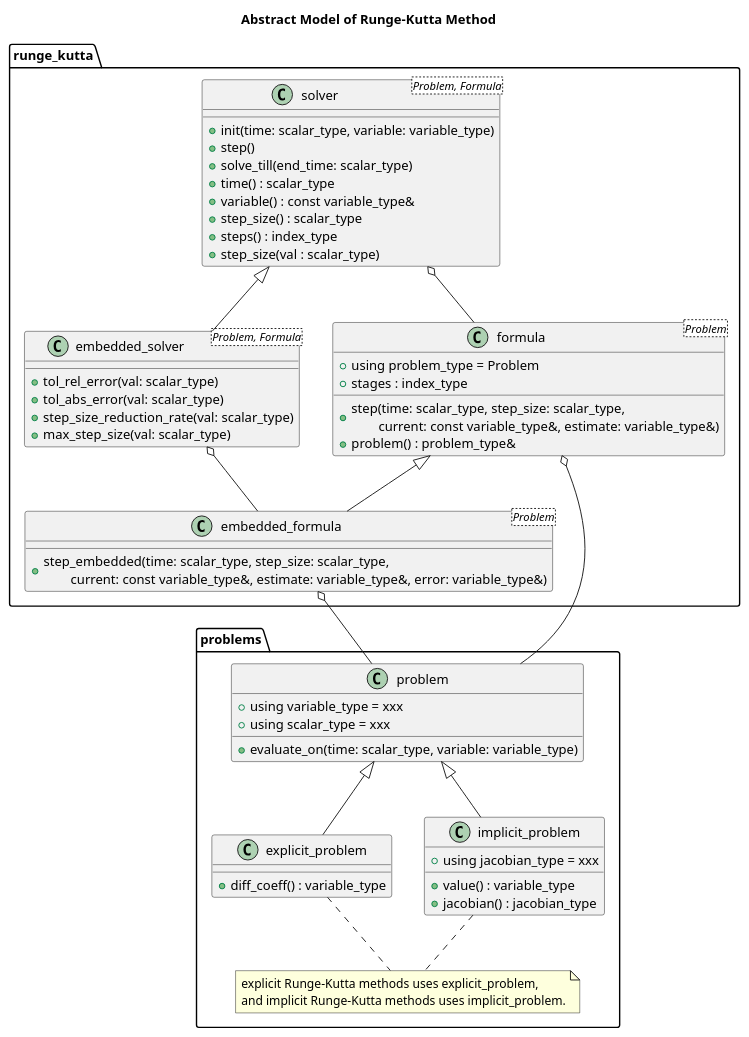
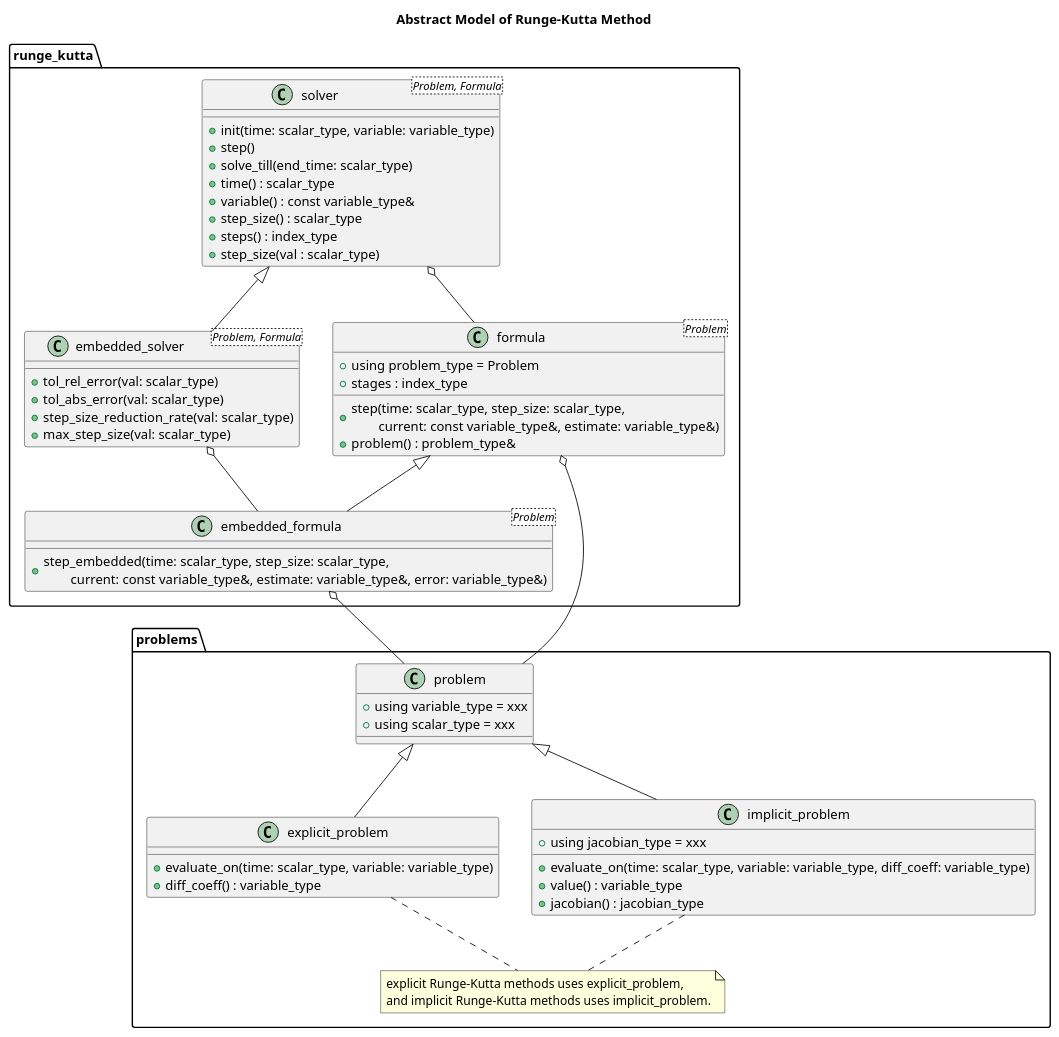
Before and after one commit to MusicScience37/numerical-collection-cpp: the diagram in doc/sphinx/src/basic_design/ode.rst, drawn with PlantUML.

Commit message:
doc: fix model

```diff
--- a/doc/sphinx/src/basic_design/ode.rst
+++ b/doc/sphinx/src/basic_design/ode.rst
@@ -16,67 +16,68 @@
 .. uml::
 
     title Abstract Model of Runge-Kutta Method
 
     package problems {
         class problem {
             + using variable_type = xxx
             + using scalar_type = xxx
-            + evaluate_on(time: scalar_type, variable: variable_type)
         }
 
         class explicit_problem {
+            + evaluate_on(time: scalar_type, variable: variable_type)
             + diff_coeff() : variable_type
         }
         problem <|-- explicit_problem
 
         class implicit_problem {
             + using jacobian_type = xxx
+            + evaluate_on(time: scalar_type, variable: variable_type, diff_coeff: variable_type)
             + value() : variable_type
             + jacobian() : jacobian_type
         }
         problem <|-- implicit_problem
 
         note as problem_type_note
             explicit Runge-Kutta methods uses explicit_problem,
             and implicit Runge-Kutta methods uses implicit_problem.
         end note
         explicit_problem .. problem_type_note
         implicit_problem .. problem_type_note
     }
 
     package runge_kutta {
         class formula<Problem> {
             + using problem_type = Problem
             + stages : index_type
             + step(time: scalar_type, step_size: scalar_type,\n\tcurrent: const variable_type&, estimate: variable_type&)
             + problem() : problem_type&
         }
         formula o-- problem
 
         class embedded_formula<Problem> {
             + step_embedded(time: scalar_type, step_size: scalar_type,\n\tcurrent: const variable_type&, estimate: variable_type&, error: variable_type&)
         }
         formula <|-- embedded_formula
         embedded_formula o-- problem
 
         class solver<Problem, Formula> {
             + init(time: scalar_type, variable: variable_type)
             + step()
             + solve_till(end_time: scalar_type)
             + time() : scalar_type
             + variable() : const variable_type&
             + step_size() : scalar_type
             + steps() : index_type
             + step_size(val : scalar_type)
         }
         solver o-- formula
 
         class embedded_solver<Problem, Formula> {
             + tol_rel_error(val: scalar_type)
             + tol_abs_error(val: scalar_type)
             + step_size_reduction_rate(val: scalar_type)
             + max_step_size(val: scalar_type)
         }
         solver <|-- embedded_solver
         embedded_solver o-- embedded_formula
     }
```
